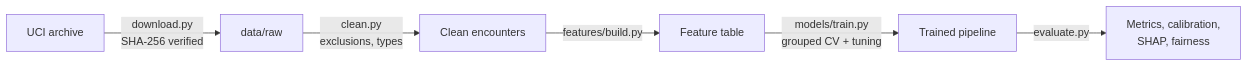
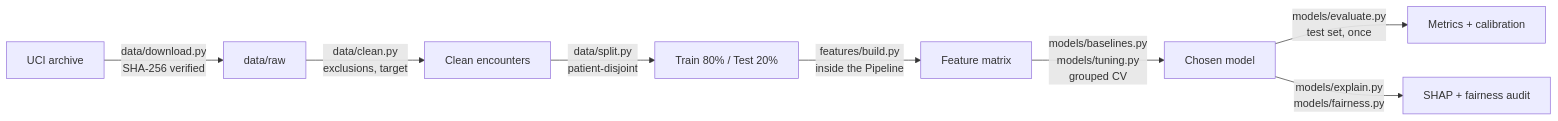
Before and after one commit to MulengaSnr/readmission-risk-model: the diagram in README.md, drawn with Mermaid. The commit also changed other lines of this file and 4 other files, not shown here.

````diff
--- a/README.md
+++ b/README.md
@@ -44,8 +55,10 @@
 ```mermaid
 flowchart LR
-    A[UCI archive] -->|download.py<br/>SHA-256 verified| B[data/raw]
-    B -->|clean.py<br/>exclusions, types| C[Clean encounters]
-    C -->|features/build.py| D[Feature table]
-    D -->|models/train.py<br/>grouped CV + tuning| E[Trained pipeline]
-    E -->|evaluate.py| F[Metrics, calibration,<br/>SHAP, fairness]
+    A[UCI archive] -->|data/download.py<br/>SHA-256 verified| B[data/raw]
+    B -->|data/clean.py<br/>exclusions, target| C[Clean encounters]
+    C -->|data/split.py<br/>patient-disjoint| D[Train 80% / Test 20%]
+    D -->|features/build.py<br/>inside the Pipeline| E[Feature matrix]
+    E -->|models/baselines.py<br/>models/tuning.py<br/>grouped CV| F[Chosen model]
+    F -->|models/evaluate.py<br/>test set, once| G[Metrics + calibration]
+    F -->|models/explain.py<br/>models/fairness.py| H[SHAP + fairness audit]
 ```
````
